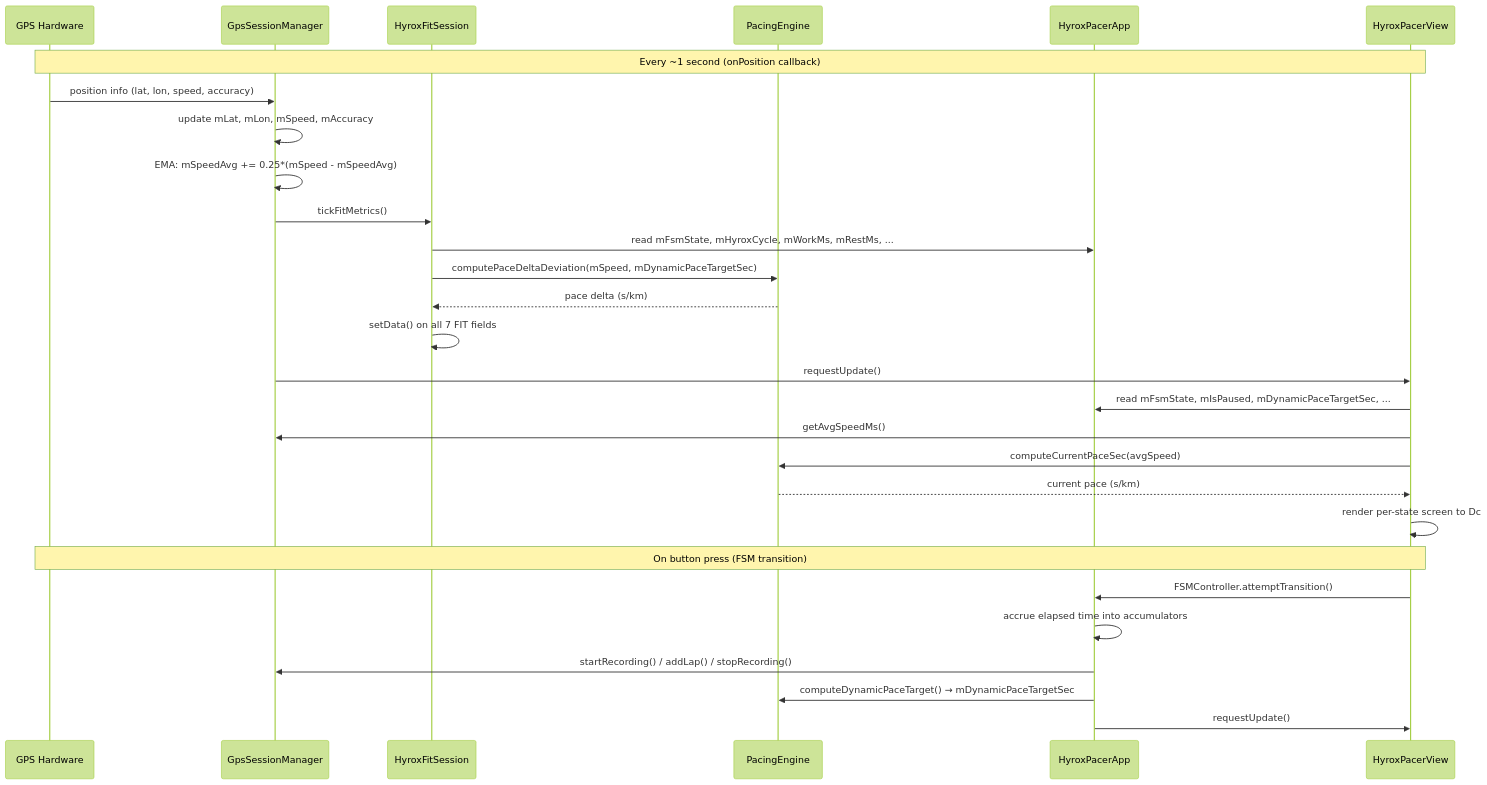
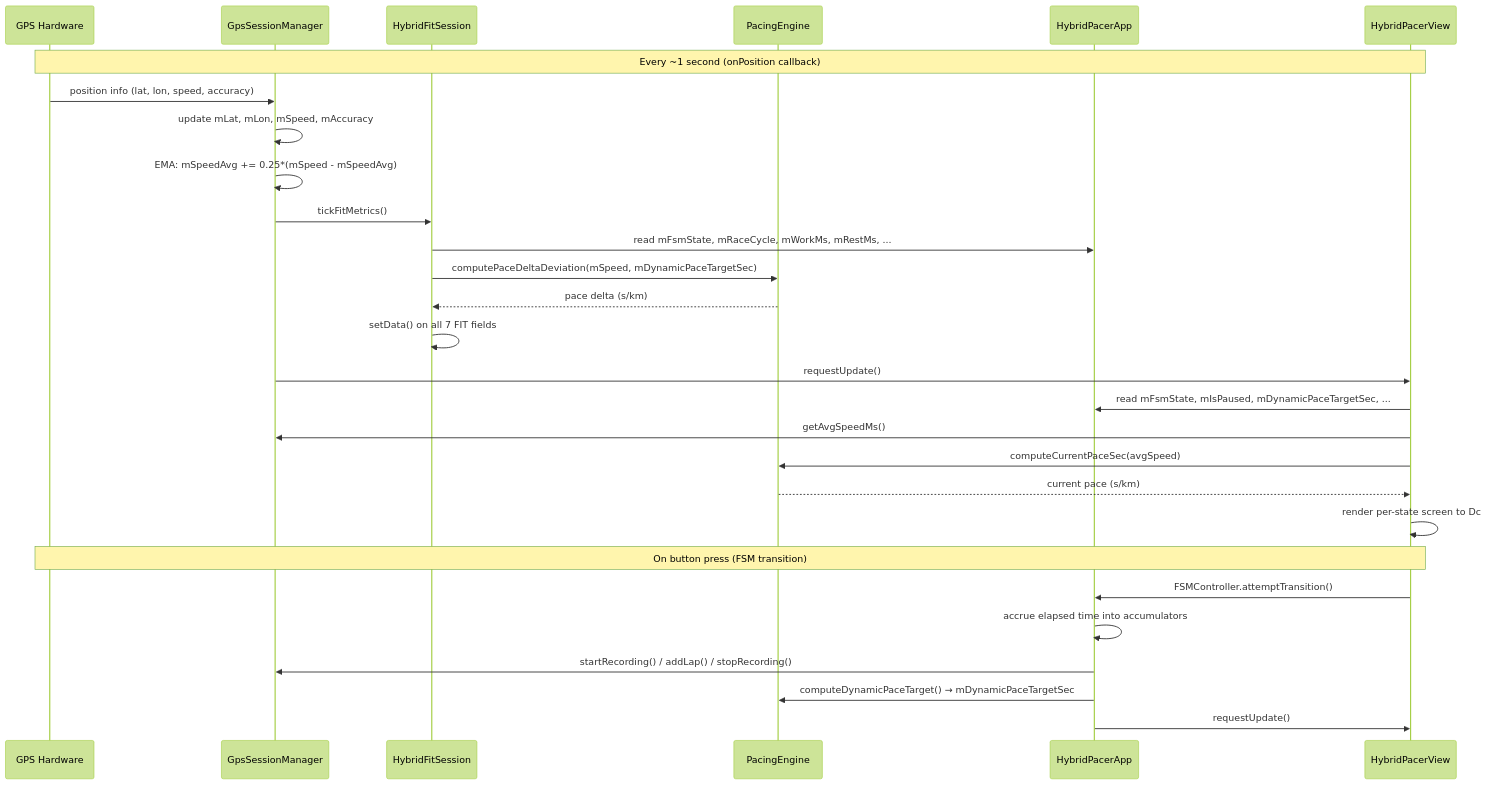
The fourth of 4 diagrams in docs/ARCHITECTURE.md (SoyTiyi/HybridPacer), drawn with Mermaid (forest theme) before and after one commit. The commit also changed other lines of this file and 44 other files, not shown here.

First line of the commit message:
Rebrand HYROX -> HybridPacer to remove trademark references

````diff
--- a/docs/ARCHITECTURE.md
+++ b/docs/ARCHITECTURE.md
@@ -356,34 +356,34 @@
 ```mermaid
 sequenceDiagram
     participant HW as GPS Hardware
     participant GSM as GpsSessionManager
-    participant FIT as HyroxFitSession
+    participant FIT as HybridFitSession
     participant PAC as PacingEngine
-    participant APP as HyroxPacerApp
-    participant VIEW as HyroxPacerView
+    participant APP as HybridPacerApp
+    participant VIEW as HybridPacerView
 
     note over HW,VIEW: Every ~1 second (onPosition callback)
 
     HW->>GSM: position info (lat, lon, speed, accuracy)
     GSM->>GSM: update mLat, mLon, mSpeed, mAccuracy
     GSM->>GSM: EMA: mSpeedAvg += 0.25*(mSpeed - mSpeedAvg)
     GSM->>FIT: tickFitMetrics()
-    FIT->>APP: read mFsmState, mHyroxCycle, mWorkMs, mRestMs, ...
+    FIT->>APP: read mFsmState, mRaceCycle, mWorkMs, mRestMs, ...
     FIT->>PAC: computePaceDeltaDeviation(mSpeed, mDynamicPaceTargetSec)
     PAC-->>FIT: pace delta (s/km)
     FIT->>FIT: setData() on all 7 FIT fields
     GSM->>VIEW: requestUpdate()
     VIEW->>APP: read mFsmState, mIsPaused, mDynamicPaceTargetSec, ...
     VIEW->>GSM: getAvgSpeedMs()
     VIEW->>PAC: computeCurrentPaceSec(avgSpeed)
     PAC-->>VIEW: current pace (s/km)
     VIEW->>VIEW: render per-state screen to Dc
 
     note over HW,VIEW: On button press (FSM transition)
 
     VIEW->>APP: FSMController.attemptTransition()
     APP->>APP: accrue elapsed time into accumulators
     APP->>GSM: startRecording() / addLap() / stopRecording()
     APP->>PAC: computeDynamicPaceTarget() → mDynamicPaceTargetSec
     APP->>VIEW: requestUpdate()
 ```
````
